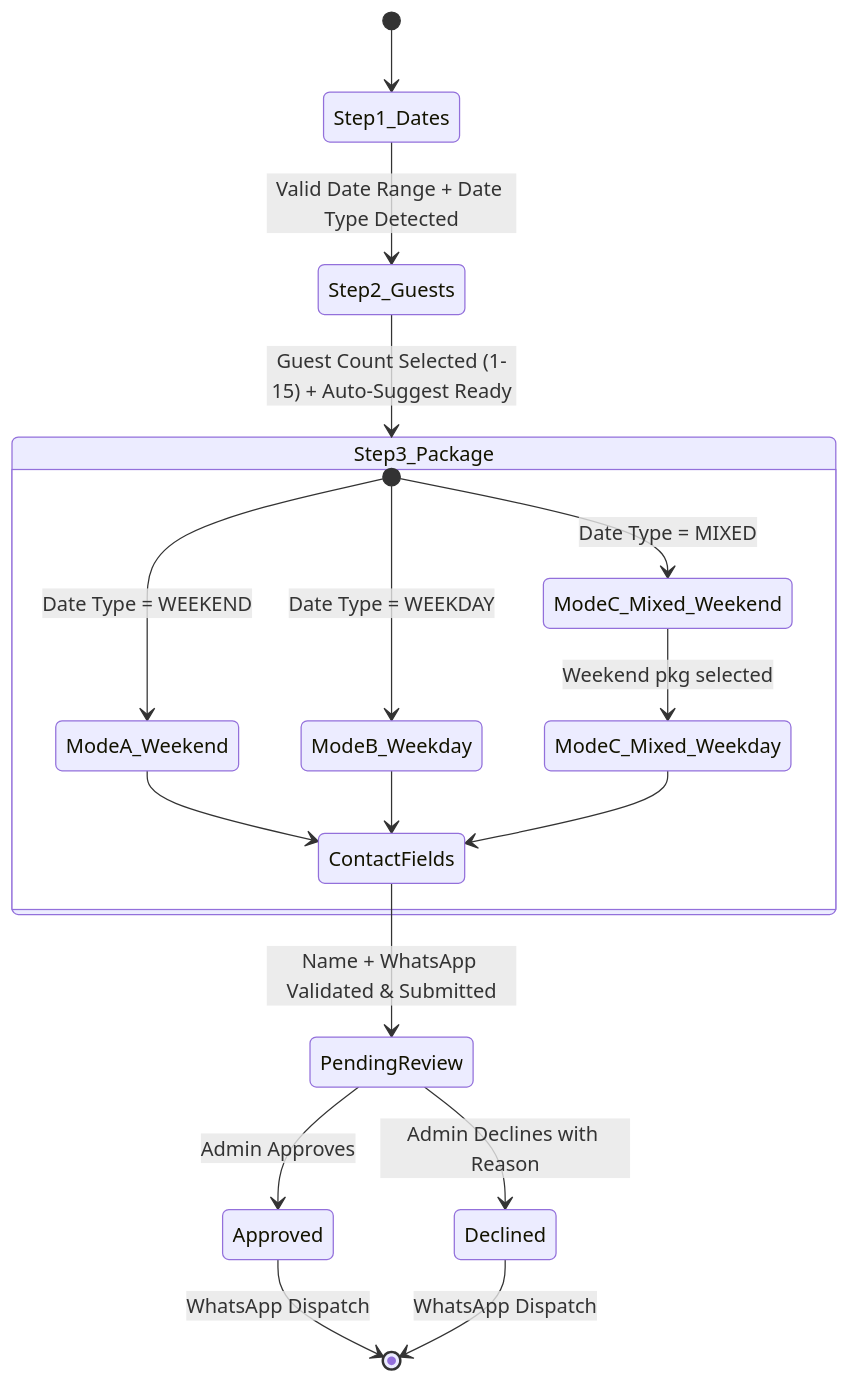
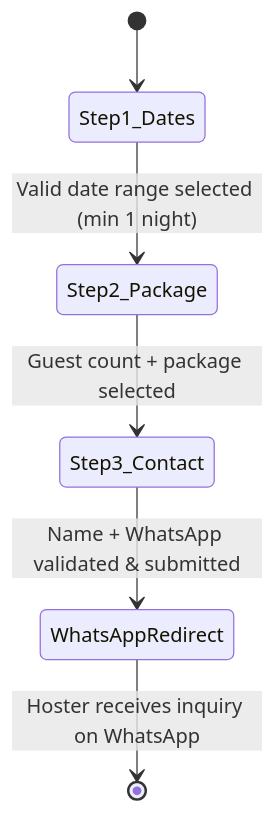
Before and after one commit to KavinduLakshan393/villa-cinnamoon-castle: the second of 3 diagrams in Documents/SRS.md, drawn with Mermaid. The commit also changed other lines of this file and 292 other files, not shown here.

````diff
--- a/Documents/SRS.md
+++ b/Documents/SRS.md
@@ -157,22 +174,8 @@
 ```mermaid
 stateDiagram-v2
     [*] --> Step1_Dates
-    Step1_Dates --> Step2_Guests: Valid Date Range + Date Type Detected
-    Step2_Guests --> Step3_Package: Guest Count Selected (1-15) + Auto-Suggest Ready
-
-    state Step3_Package {
-        [*] --> ModeA_Weekend: Date Type = WEEKEND
-        [*] --> ModeB_Weekday: Date Type = WEEKDAY
-        [*] --> ModeC_Mixed_Weekend: Date Type = MIXED
-        ModeC_Mixed_Weekend --> ModeC_Mixed_Weekday: Weekend pkg selected
-        ModeA_Weekend --> ContactFields
-        ModeB_Weekday --> ContactFields
-        ModeC_Mixed_Weekday --> ContactFields
-    }
-
-    ContactFields --> PendingReview: Name + WhatsApp Validated & Submitted
-    PendingReview --> Approved: Admin Approves
-    PendingReview --> Declined: Admin Declines with Reason
-    Approved --> [*]: WhatsApp Dispatch
-    Declined --> [*]: WhatsApp Dispatch
+    Step1_Dates --> Step2_Package : Valid date range selected (min 1 night)
+    Step2_Package --> Step3_Contact : Guest count + package selected
+    Step3_Contact --> WhatsAppRedirect : Name + WhatsApp validated & submitted
+    WhatsAppRedirect --> [*] : Hoster receives inquiry on WhatsApp
 ```
````
